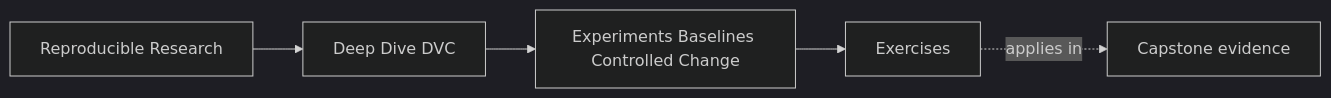
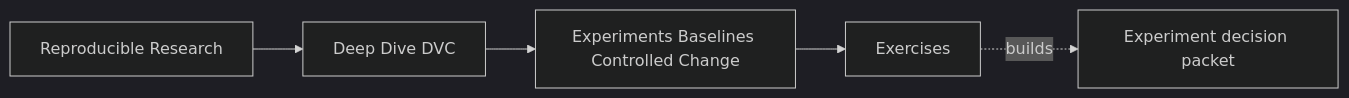
The first of 2 diagrams in programs/reproducible-research/deep-dive-dvc/course-book/module-06-experiments-baselines-controlled-change/exercises.md (bijux/bijux-masterclass), drawn with Mermaid (dark theme) before and after one commit. The commit also changed other lines of this file, not shown here.

Commit message:
docs(dvc): make experiment practice uncertainty aware

````diff
--- a/programs/reproducible-research/deep-dive-dvc/course-book/module-06-experiments-baselines-controlled-change/exercises.md
+++ b/programs/reproducible-research/deep-dive-dvc/course-book/module-06-experiments-baselines-controlled-change/exercises.md
@@ -7,11 +6,11 @@
 ```mermaid
 graph LR
   family["Reproducible Research"]
   program["Deep Dive DVC"]
   section["Experiments Baselines Controlled Change"]
   page["Exercises"]
-  capstone["Capstone evidence"]
+  packet["Experiment decision packet"]
 
   family --> program --> section --> page
-  page -.applies in.-> capstone
+  page -.builds.-> packet
 ```
````
